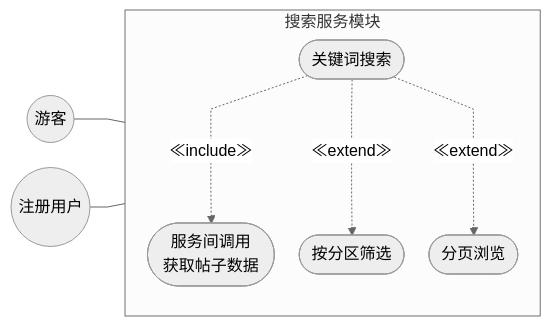
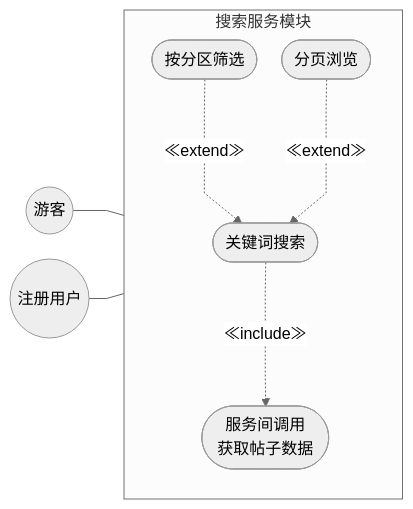
The diagram in docs/diagrams/fig3-6-search-usecase.mmd (Wkjlovec/graduation_project_zhuang), drawn with Mermaid before and after one commit. The commit also changed 11 other files, not shown here.

Commit message:
docs: 修正全部用例图extend箭头方向(从扩展用例指向基用例)

```diff
--- a/docs/diagrams/fig3-6-search-usecase.mmd
+++ b/docs/diagrams/fig3-6-search-usecase.mmd
@@ -1,18 +1,18 @@
 %%{init: {'theme': 'neutral', 'flowchart': {'curve': 'linear', 'rankSpacing': 35, 'nodeSpacing': 25}}}%%
 graph LR
     Guest((游客))
     User((注册用户))
 
     subgraph 搜索服务模块
         direction TB
         UC1([关键词搜索])
         UC2([服务间调用\n获取帖子数据])
         UC3([按分区筛选])
         UC4([分页浏览])
     end
 
     Guest --- UC1
     User --- UC1
     UC1 -..->|"≪include≫"| UC2
-    UC1 -..->|"≪extend≫"| UC3
-    UC1 -..->|"≪extend≫"| UC4
+    UC3 -..->|"≪extend≫"| UC1
+    UC4 -..->|"≪extend≫"| UC1
```
